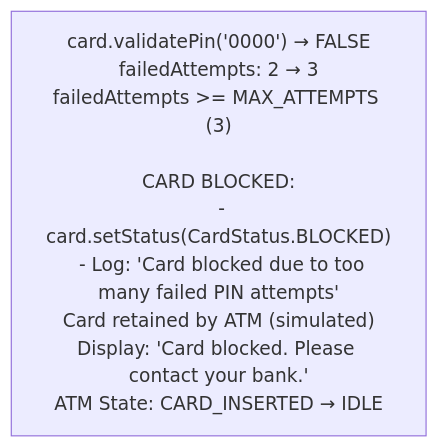
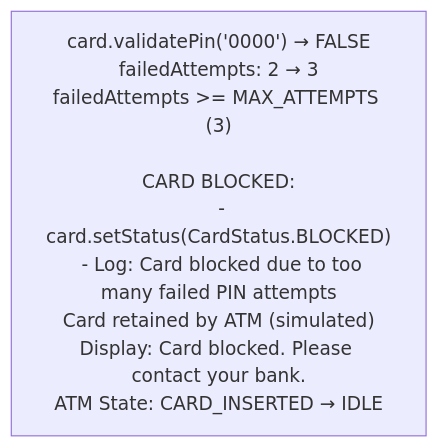
The seventh of 13 diagrams in Phase-08-Low-Level-Design/04-atm-system/03-simulation-testing.md (Prateeshtalasu/SystemDesignGuide), drawn with Mermaid before and after one commit. The commit also changed other lines of this file and 171 other files, not shown here.

Commit message:
Convert ASCII diagrams to Mermaid in Phase-08-Low-Level-Design - Converted 2 ASCII diagrams (library-management state transition, elevator-system class diagram) to Mermaid - Validated all 100 existing Mermaid diagrams - Wrapped ASCII diagrams in collapsible details blocks for reference

````diff
--- a/Phase-08-Low-Level-Design/04-atm-system/03-simulation-testing.md
+++ b/Phase-08-Low-Level-Design/04-atm-system/03-simulation-testing.md
@@ -218,4 +218,4 @@
 ```mermaid
 flowchart TD
-    A["card.validatePin('0000') → FALSE<br/>failedAttempts: 2 → 3<br/>failedAttempts >= MAX_ATTEMPTS (3)<br/><br/>CARD BLOCKED:<br/>  - card.setStatus(CardStatus.BLOCKED)<br/>  - Log: 'Card blocked due to too many failed PIN attempts'<br/>Card retained by ATM (simulated)<br/>Display: 'Card blocked. Please contact your bank.'<br/>ATM State: CARD_INSERTED → IDLE"]
+    A["card.validatePin('0000') → FALSE<br/>failedAttempts: 2 → 3<br/>failedAttempts >= MAX_ATTEMPTS (3)<br/><br/>CARD BLOCKED:<br/>  - card.setStatus(CardStatus.BLOCKED)<br/>  - Log: Card blocked due to too many failed PIN attempts<br/>Card retained by ATM (simulated)<br/>Display: Card blocked. Please contact your bank.<br/>ATM State: CARD_INSERTED → IDLE"]
 ```
````
